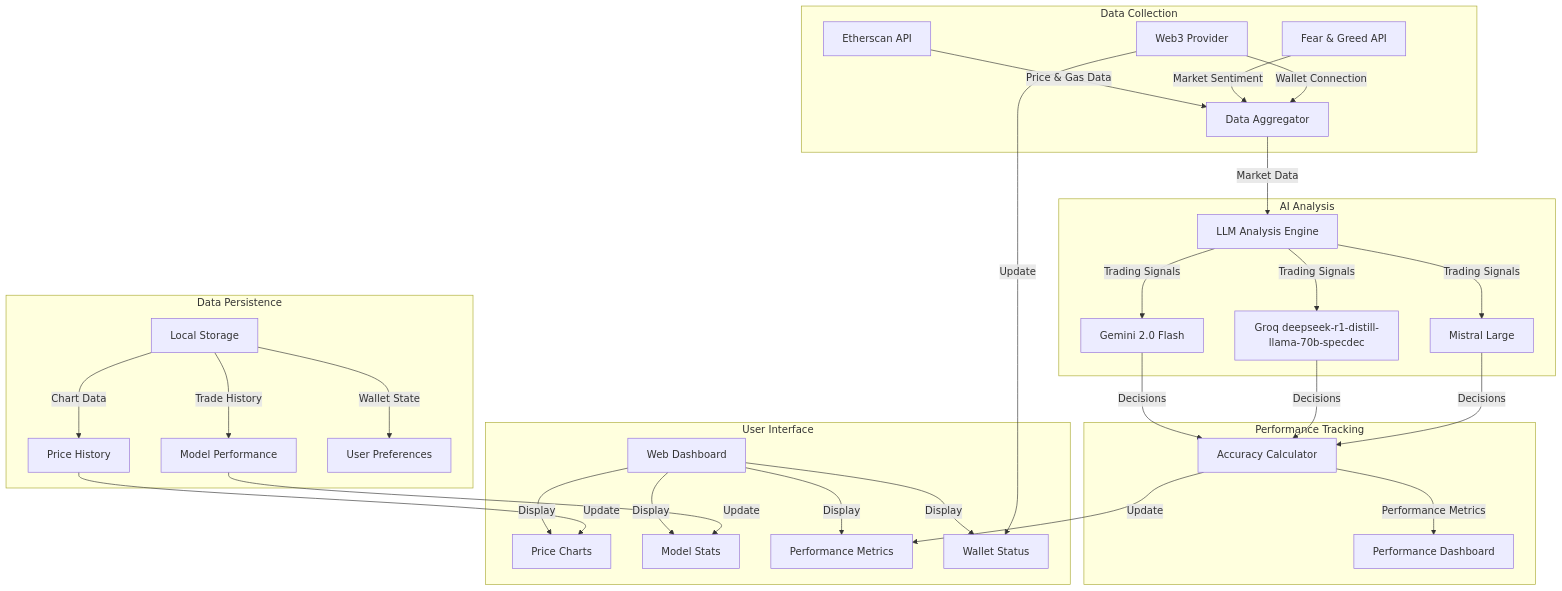
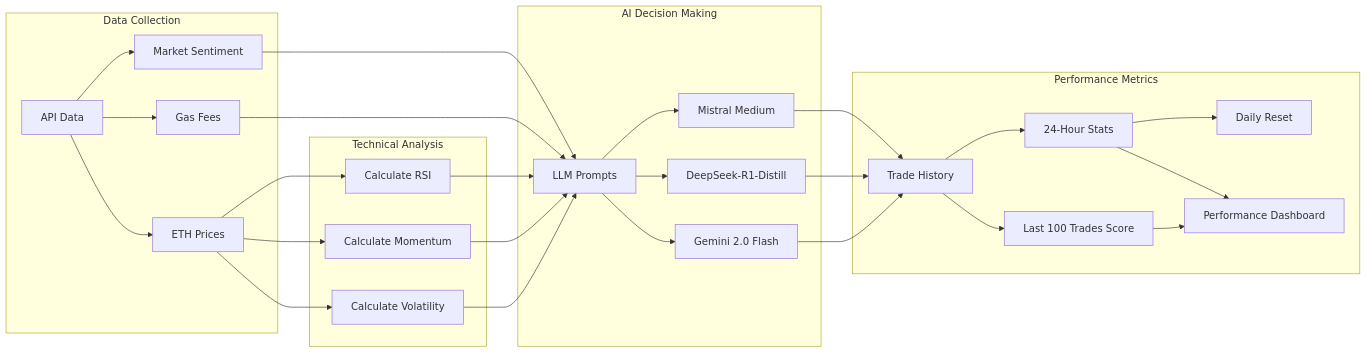
Before and after one commit to Qbandev/stbchef: the first of 2 diagrams in README.md, drawn with Mermaid. The commit also changed other lines of this file and 3 other files, not shown here.

````diff
--- a/README.md
+++ b/README.md
@@ -240,40 +104,36 @@
 ```mermaid
-graph TB
+graph LR
     subgraph Data Collection
-        A[Etherscan API] -->|Price & Gas Data| D[Data Aggregator]
-        B[Fear & Greed API] -->|Market Sentiment| D
-        C[Web3 Provider] -->|Wallet Connection| D
+        A[API Data] --> B[ETH Prices]
+        A --> C[Gas Fees]
+        A --> D[Market Sentiment]
     end
 
-    subgraph AI Analysis
-        D -->|Market Data| E[LLM Analysis Engine]
-        E -->|Trading Signals| F[Gemini 2.0 Flash]
-        E -->|Trading Signals| G[Groq deepseek-r1-distill-llama-70b-specdec]
-        E -->|Trading Signals| H[Mistral Large]
+    subgraph Technical Analysis
+        B --> E[Calculate Volatility]
+        B --> F[Calculate Momentum]
+        B --> G[Calculate RSI]
     end
 
-    subgraph Performance Tracking
-        F -->|Decisions| I[Accuracy Calculator]
-        G -->|Decisions| I
-        H -->|Decisions| I
-        I -->|Performance Metrics| J[Performance Dashboard]
+    subgraph AI Decision Making
+        E --> H[LLM Prompts]
+        F --> H
+        G --> H
+        C --> H
+        D --> H
+        H --> I[Gemini 2.0 Flash]
+        H --> J[DeepSeek-R1-Distill]
+        H --> K[Mistral Medium]
     end
 
-    subgraph Data Persistence
-        K[Local Storage] -->|Chart Data| L[Price History]
-        K -->|Trade History| M[Model Performance]
-        K -->|Wallet State| N[User Preferences]
+    subgraph Performance Metrics
+        I --> L[Trade History]
+        J --> L
+        K --> L
+        L --> M[Last 100 Trades Score]
+        L --> N[24-Hour Stats]
+        N --> O[Daily Reset]
+        M --> P[Performance Dashboard]
+        N --> P
     end
-
-    subgraph User Interface
-        O[Web Dashboard] -->|Display| P[Price Charts]
-        O -->|Display| Q[Model Stats]
-        O -->|Display| R[Performance Metrics]
-        O -->|Display| S[Wallet Status]
-    end
-
-    L -->|Update| P
-    M -->|Update| Q
-    I -->|Update| R
-    C -->|Update| S
 ```
````
